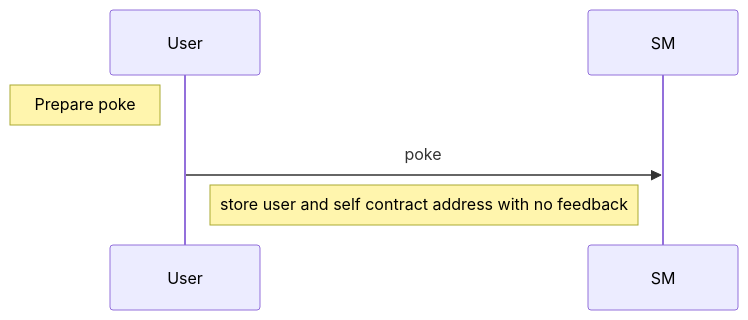
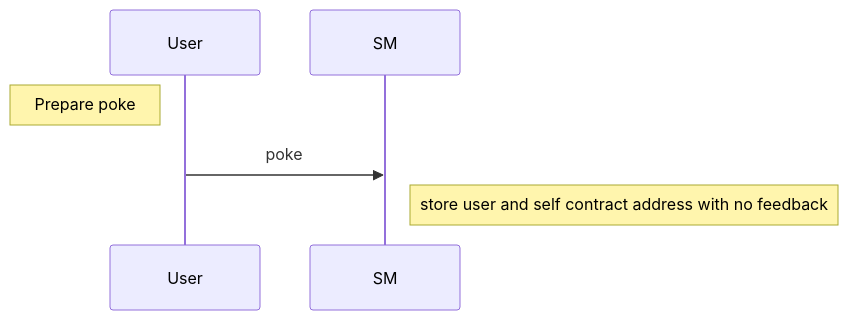
One commit to marigold-dev/training-dapp-2 changed the second of 4 diagrams in README.md. Above: the diagram before and after it, drawn with Mermaid.

````diff
--- a/README.md
+++ b/README.md
@@ -89,6 +89,6 @@
 ```mermaid
 sequenceDiagram
   Note left of User: Prepare poke
   User->>SM: poke 
-  Note left of SM: store user and self contract address with no feedback
+  Note right of SM: store user and self contract address with no feedback
 ```
````
